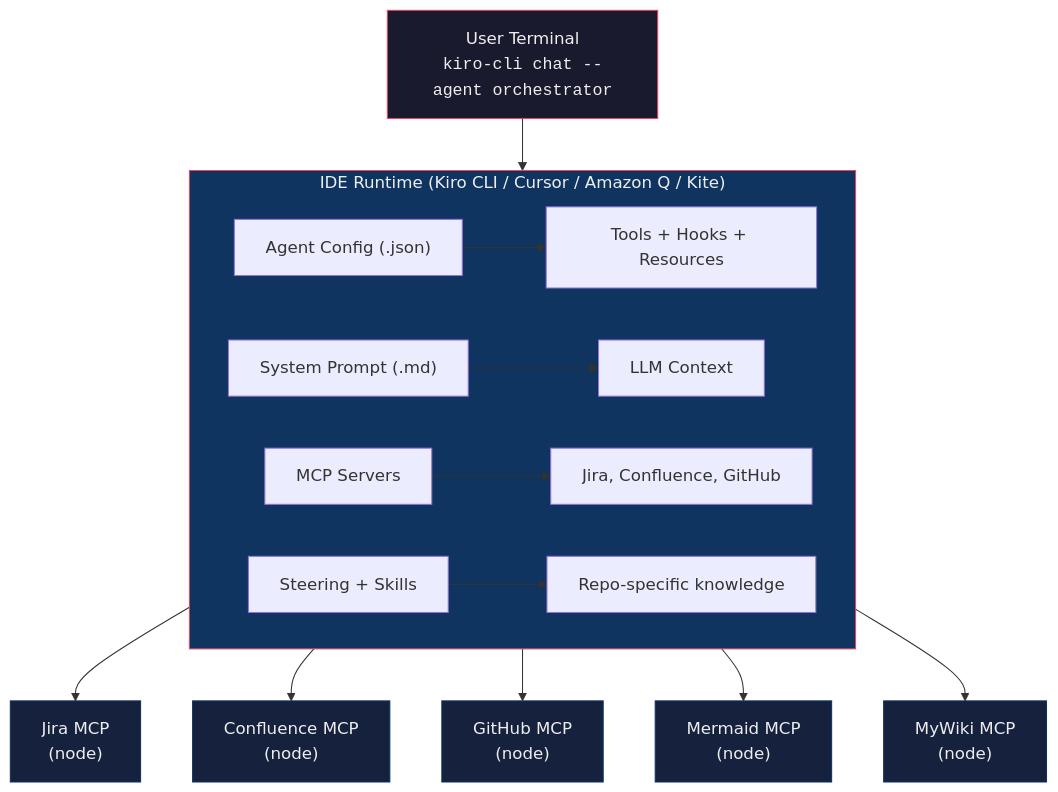
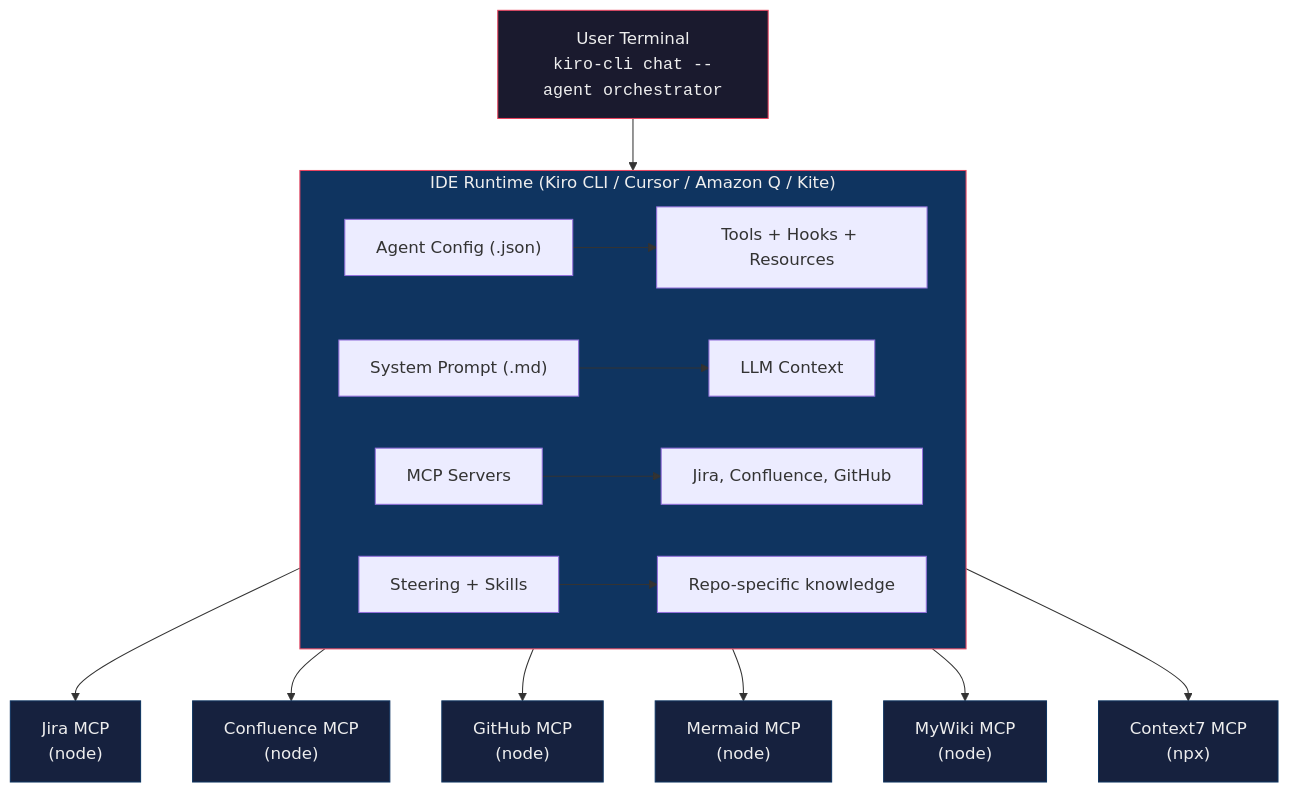
Before and after one commit to rsanchez-disney/steer-runtime: the third of 4 diagrams in docs/PROJECT_OVERVIEW.md, drawn with Mermaid. The commit also changed 4 other files, not shown here.

````diff
--- a/docs/PROJECT_OVERVIEW.md
+++ b/docs/PROJECT_OVERVIEW.md
@@ -143,27 +143,29 @@
 ```mermaid
 graph TD
     terminal["User Terminal<br/><code>kiro-cli chat --agent orchestrator</code>"]
 
     terminal --> runtime
 
     subgraph runtime["IDE Runtime (Kiro CLI / Cursor / Amazon Q / Kite)"]
         config["Agent Config (.json)"] --> tools["Tools + Hooks + Resources"]
         prompt["System Prompt (.md)"] --> llm["LLM Context"]
         mcpcfg["MCP Servers"] --> integrations["Jira, Confluence, GitHub"]
         steering["Steering + Skills"] --> knowledge["Repo-specific knowledge"]
     end
 
     runtime --> jira["Jira MCP<br/>(node)"]
     runtime --> confluence["Confluence MCP<br/>(node)"]
     runtime --> github["GitHub MCP<br/>(node)"]
     runtime --> mermaid["Mermaid MCP<br/>(node)"]
     runtime --> mywiki["MyWiki MCP<br/>(node)"]
+    runtime --> context7["Context7 MCP<br/>(npx)"]
 
     style terminal fill:#1a1a2e,stroke:#e94560,color:#eee
     style runtime fill:#0f3460,stroke:#e94560,color:#eee
     style jira fill:#16213e,stroke:#0f3460,color:#eee
     style confluence fill:#16213e,stroke:#0f3460,color:#eee
     style github fill:#16213e,stroke:#0f3460,color:#eee
     style mermaid fill:#16213e,stroke:#0f3460,color:#eee
     style mywiki fill:#16213e,stroke:#0f3460,color:#eee
+    style context7 fill:#16213e,stroke:#0f3460,color:#eee
 ```
````
